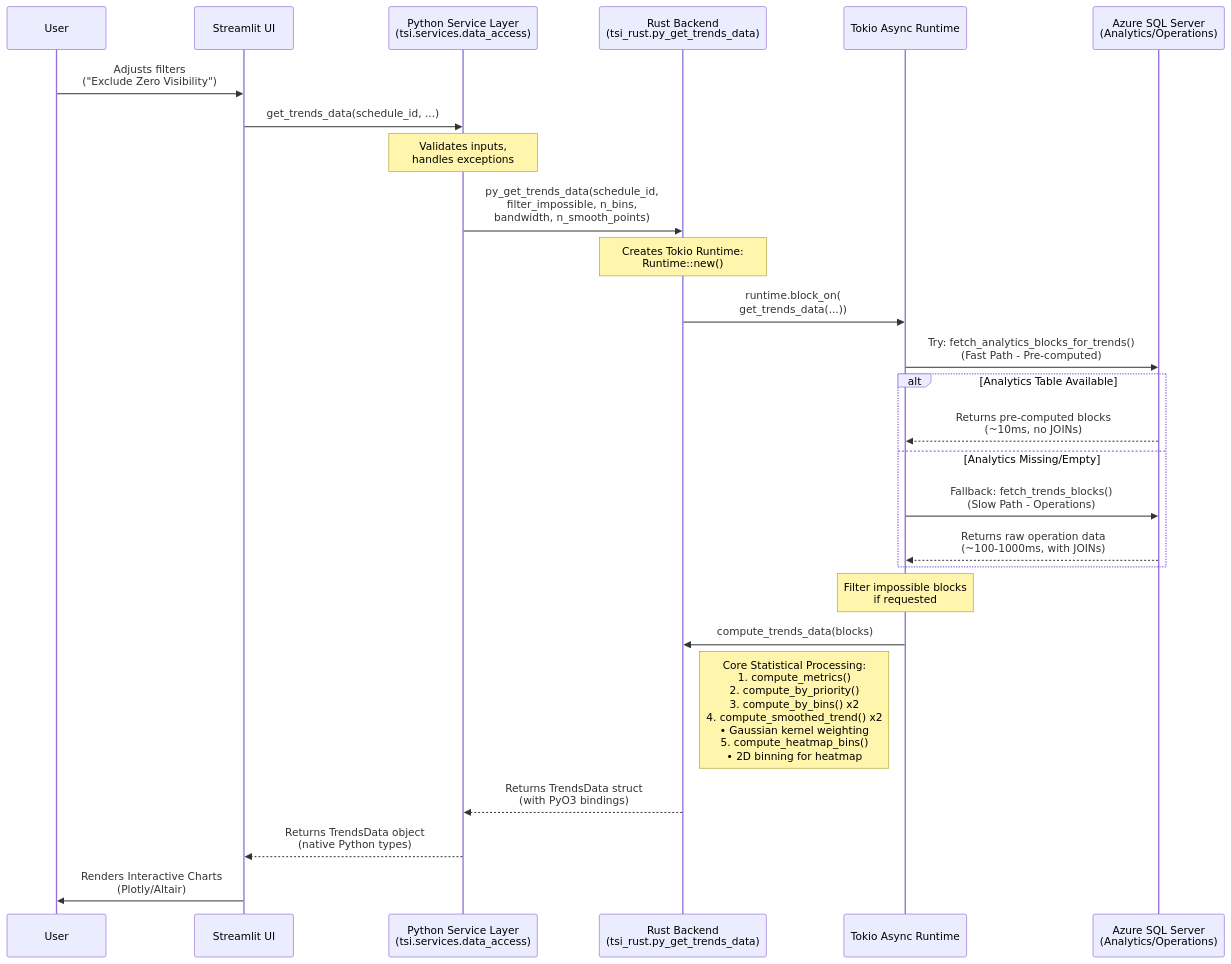
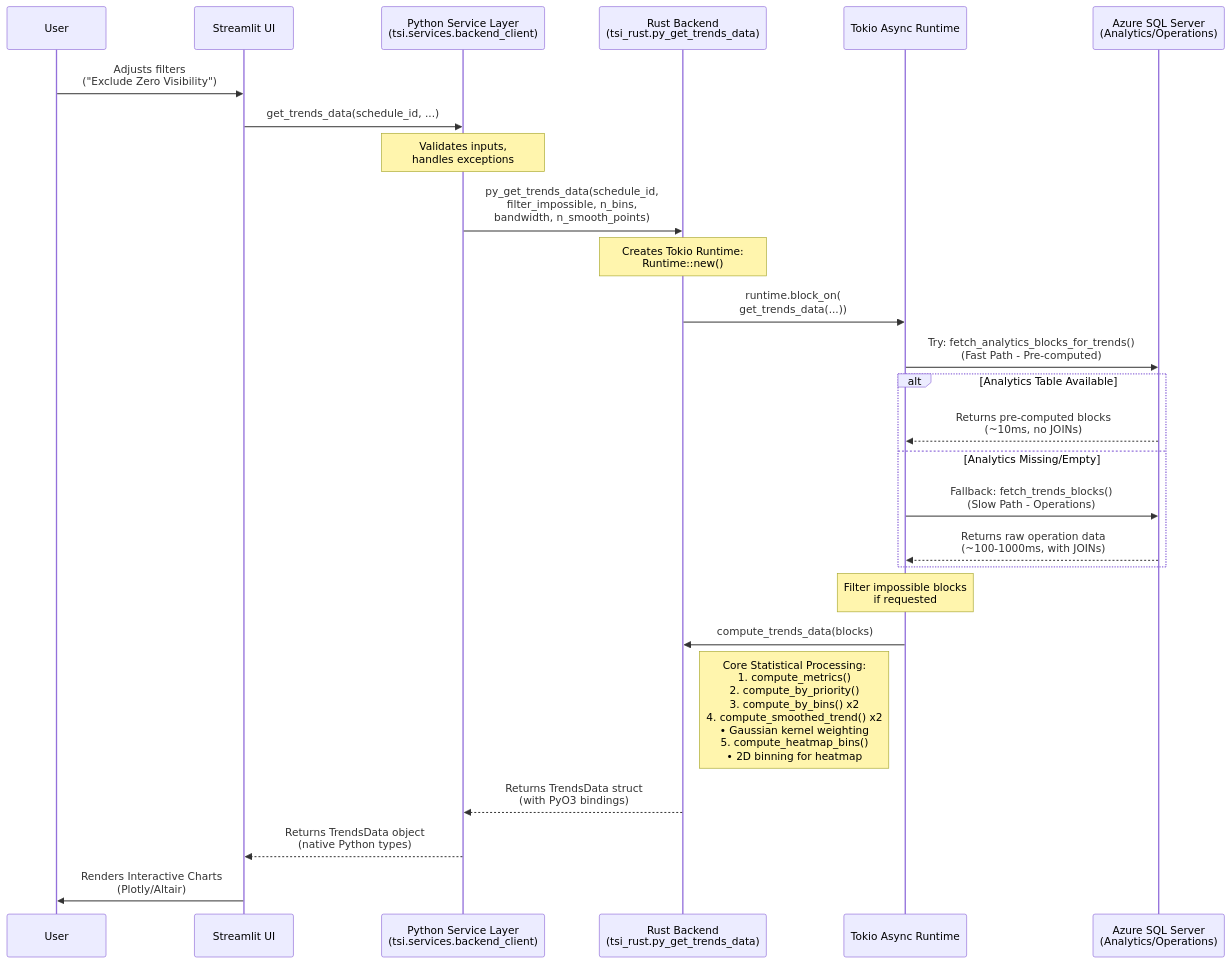
Before and after one commit to VPRamon/TSI: the first of 2 diagrams in docs/ARCHITECTURE.md, drawn with Mermaid. The commit also changed 5 other files, not shown here.

Commit message:
refactor: replace data_access with backend_client for data retrieval across documentation

````diff
--- a/docs/ARCHITECTURE.md
+++ b/docs/ARCHITECTURE.md
@@ -53,34 +53,34 @@
 ```mermaid
 sequenceDiagram
     participant User
     participant Streamlit as Streamlit UI
-    participant Python as Python Service Layer<br/>(tsi.services.data_access)
+    participant Python as Python Service Layer<br/>(tsi.services.backend_client)
     participant Rust as Rust Backend<br/>(tsi_rust.py_get_trends_data)
     participant Tokio as Tokio Async Runtime
     participant DB as Azure SQL Server<br/>(Analytics/Operations)
 
     User->>Streamlit: Adjusts filters<br/>("Exclude Zero Visibility")
     Streamlit->>Python: get_trends_data(schedule_id, ...)
     Note over Python: Validates inputs,<br/>handles exceptions
     Python->>Rust: py_get_trends_data(schedule_id,<br/>filter_impossible, n_bins,<br/>bandwidth, n_smooth_points)
     
     Note over Rust: Creates Tokio Runtime:<br/>Runtime::new()
     Rust->>Tokio: runtime.block_on(<br/>get_trends_data(...))
     
     Tokio->>DB: Try: fetch_analytics_blocks_for_trends()<br/>(Fast Path - Pre-computed)
     alt Analytics Table Available
         DB-->>Tokio: Returns pre-computed blocks<br/>(~10ms, no JOINs)
     else Analytics Missing/Empty
         Tokio->>DB: Fallback: fetch_trends_blocks()<br/>(Slow Path - Operations)
         DB-->>Tokio: Returns raw operation data<br/>(~100-1000ms, with JOINs)
     end
     
     Note over Tokio: Filter impossible blocks<br/>if requested
     Tokio->>Rust: compute_trends_data(blocks)
     
     Note right of Rust: Core Statistical Processing:<br/>1. compute_metrics()<br/>2. compute_by_priority()<br/>3. compute_by_bins() x2<br/>4. compute_smoothed_trend() x2<br/>   • Gaussian kernel weighting<br/>5. compute_heatmap_bins()<br/>   • 2D binning for heatmap
     
     Rust-->>Python: Returns TrendsData struct<br/>(with PyO3 bindings)
     Python-->>Streamlit: Returns TrendsData object<br/>(native Python types)
     Streamlit->>User: Renders Interactive Charts<br/>(Plotly/Altair)
 ```
````
